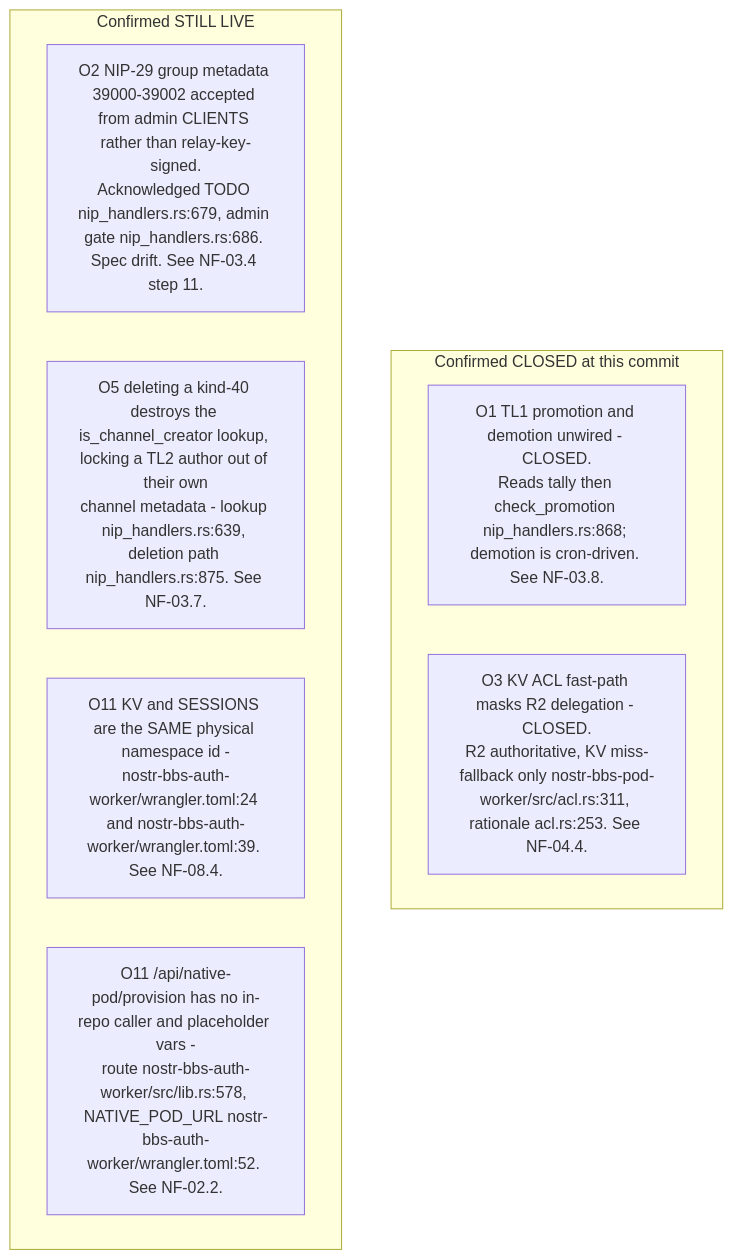
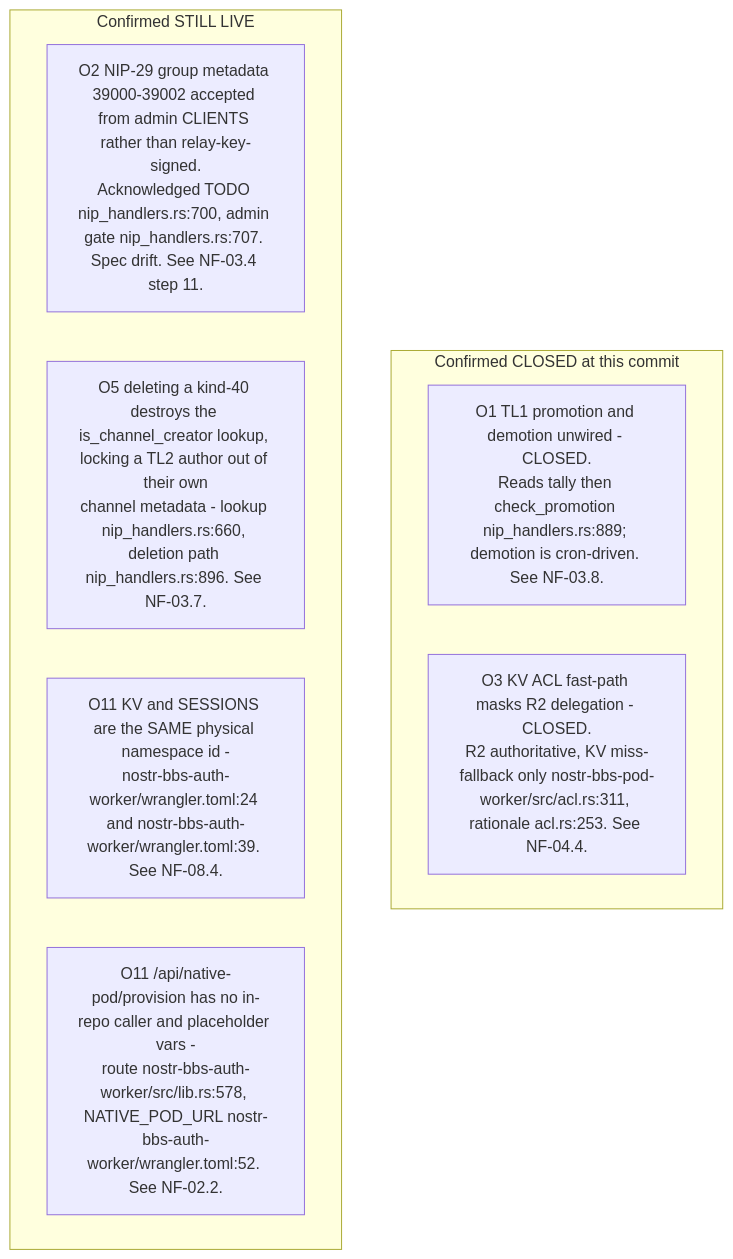
Before and after one commit to DreamLab-AI/VisionFlow: the third of 10 diagrams in docs/diagrams/nostr-rust-forum/10-invariants-and-anomaly-register.md, drawn with Mermaid. The commit also changed other lines of this file and 52 other files, not shown here.

First line of the commit message:
docs(diagrams): wave 3 checkpoint — bare line refs resolved, revision-pinned cite-check, VC-05/AB-01..13 re-attested

````diff
--- a/docs/diagrams/nostr-rust-forum/10-invariants-and-anomaly-register.md
+++ b/docs/diagrams/nostr-rust-forum/10-invariants-and-anomaly-register.md
@@ -89,13 +89,13 @@
 ```mermaid
 flowchart TB
     subgraph closed["Confirmed CLOSED at this commit"]
-        O1["O1 TL1 promotion and demotion unwired - CLOSED.<br/>Reads tally then check_promotion nip_handlers.rs:868; demotion is cron-driven. See NF-03.8."]
+        O1["O1 TL1 promotion and demotion unwired - CLOSED.<br/>Reads tally then check_promotion nip_handlers.rs:889; demotion is cron-driven. See NF-03.8."]
         O3["O3 KV ACL fast-path masks R2 delegation - CLOSED.<br/>R2 authoritative, KV miss-fallback only nostr-bbs-pod-worker/src/acl.rs:311, rationale acl.rs:253. See NF-04.4."]
     end
     subgraph live["Confirmed STILL LIVE"]
-        O2["O2 NIP-29 group metadata 39000-39002 accepted from admin CLIENTS rather than relay-key-signed.<br/>Acknowledged TODO nip_handlers.rs:679, admin gate nip_handlers.rs:686. Spec drift. See NF-03.4 step 11."]
-        O5["O5 deleting a kind-40 destroys the is_channel_creator lookup, locking a TL2 author out of their own<br/>channel metadata - lookup nip_handlers.rs:639, deletion path nip_handlers.rs:875. See NF-03.7."]
+        O2["O2 NIP-29 group metadata 39000-39002 accepted from admin CLIENTS rather than relay-key-signed.<br/>Acknowledged TODO nip_handlers.rs:700, admin gate nip_handlers.rs:707. Spec drift. See NF-03.4 step 11."]
+        O5["O5 deleting a kind-40 destroys the is_channel_creator lookup, locking a TL2 author out of their own<br/>channel metadata - lookup nip_handlers.rs:660, deletion path nip_handlers.rs:896. See NF-03.7."]
         O11a["O11 KV and SESSIONS are the SAME physical namespace id -<br/>nostr-bbs-auth-worker/wrangler.toml:24 and nostr-bbs-auth-worker/wrangler.toml:39. See NF-08.4."]
         O11b["O11 /api/native-pod/provision has no in-repo caller and placeholder vars -<br/>route nostr-bbs-auth-worker/src/lib.rs:578, NATIVE_POD_URL nostr-bbs-auth-worker/wrangler.toml:52. See NF-02.2."]
     end
 ```
````
